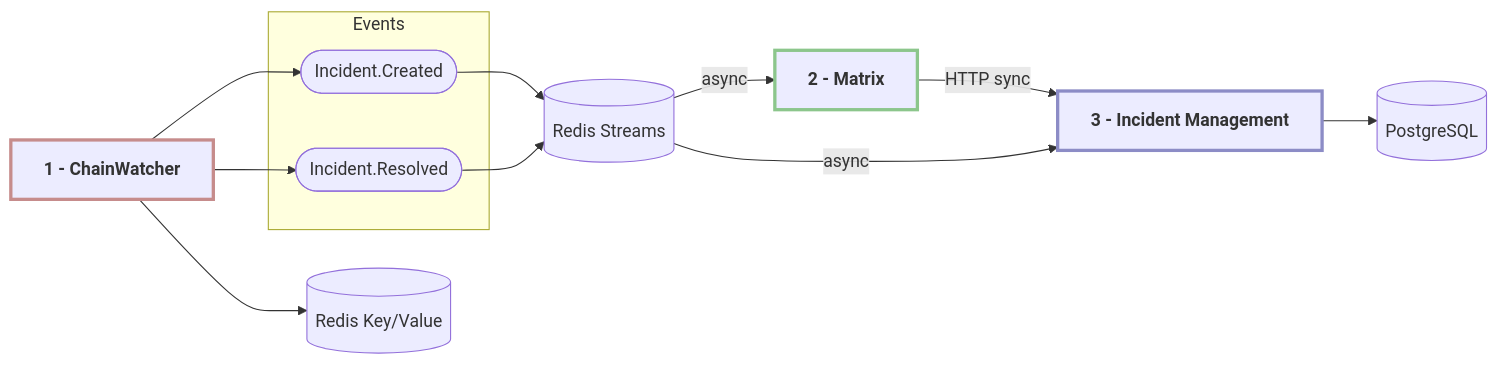
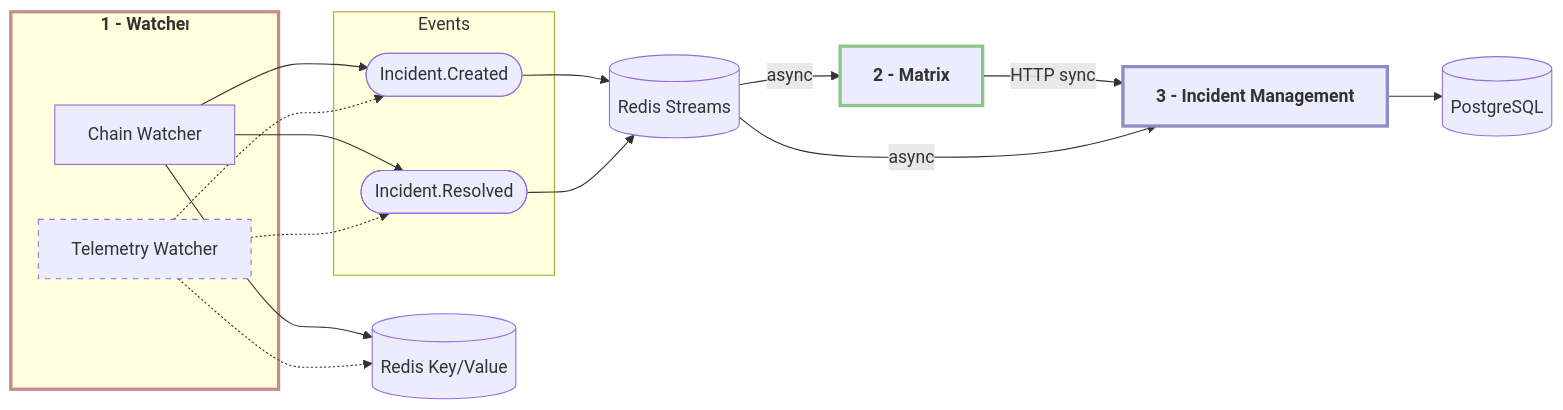
One commit to w3f/polguard changed the diagram in README.md. Above: the diagram before and after it, drawn with Mermaid. The commit also changed other lines of this file and 109 other files, not shown here.

````diff
--- a/README.md
+++ b/README.md
@@ -35,27 +38,34 @@
 ```mermaid
 flowchart LR
-    CW[1 - ChainWatcher]
+    subgraph W[1 - Watcher]
+        CW[Chain Watcher]
+        TW[Telemetry Watcher]
+        style TW stroke-dasharray: 5 5
+    end
     M[2 - Matrix]
     IM[3 - Incident Management]
     RS[(Redis Streams)]
     RKV[(Redis Key/Value)]
     DB[(PostgreSQL)]
 
     CW --> RKV
+    TW -.-> RKV
     M --> |HTTP sync| IM
     RS --> |async| M
     RS --> |async| IM
     IM --> DB
     subgraph Events
         IC([Incident.Created])
         IR([Incident.Resolved])
     end
     CW --> IC
     CW --> IR
+    TW -.-> IC
+    TW -.-> IR
     IC --> RS
     IR --> RS
 
-    style CW stroke:#c68c8c,stroke-width:3px,font-weight:bold
+    style W stroke:#c68c8c,stroke-width:3px,font-weight:bold
     style M stroke:#8cc68c,stroke-width:3px,font-weight:bold
     style IM stroke:#8c8cc6,stroke-width:3px,font-weight:bold
 ```
````
